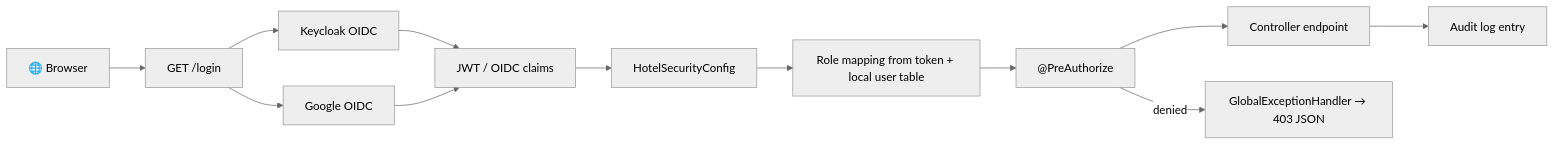
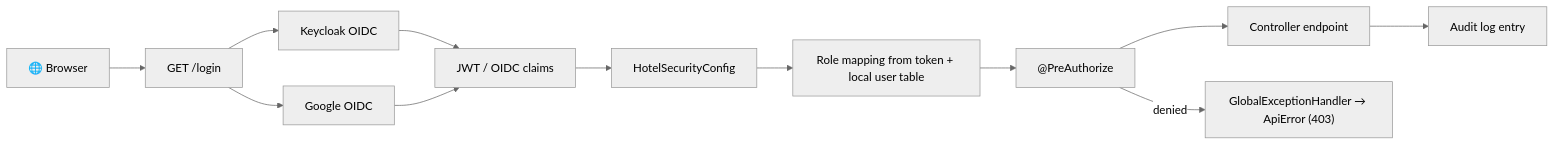
One commit to byte2code/hotel-management-api changed the first of 3 diagrams in README.md. Above: the diagram before and after it, drawn with Mermaid (neutral theme). The commit also changed other lines of this file, not shown here.

Commit message:
Update README.md project structure, environment configuration, and Mermaid workflow diagrams

````diff
--- a/README.md
+++ b/README.md
@@ -235,14 +238,14 @@
 ```mermaid
 flowchart LR
     Browser["🌐 Browser"] --> Login["GET /login"]
     Login --> Keycloak["Keycloak OIDC"]
     Login --> Google["Google OIDC"]
     Keycloak --> Token["JWT / OIDC claims"]
     Google --> Token
     Token --> Security["HotelSecurityConfig"]
     Security --> RoleMap["Role mapping from token + local user table"]
     RoleMap --> PreAuth["@PreAuthorize"]
     PreAuth --> Endpoint["Controller endpoint"]
     Endpoint --> Audit["Audit log entry"]
-    PreAuth -->|denied| ExHandler["GlobalExceptionHandler → 403 JSON"]
+    PreAuth -->|denied| ExHandler["GlobalExceptionHandler → ApiError (403)"]
 ```
````
